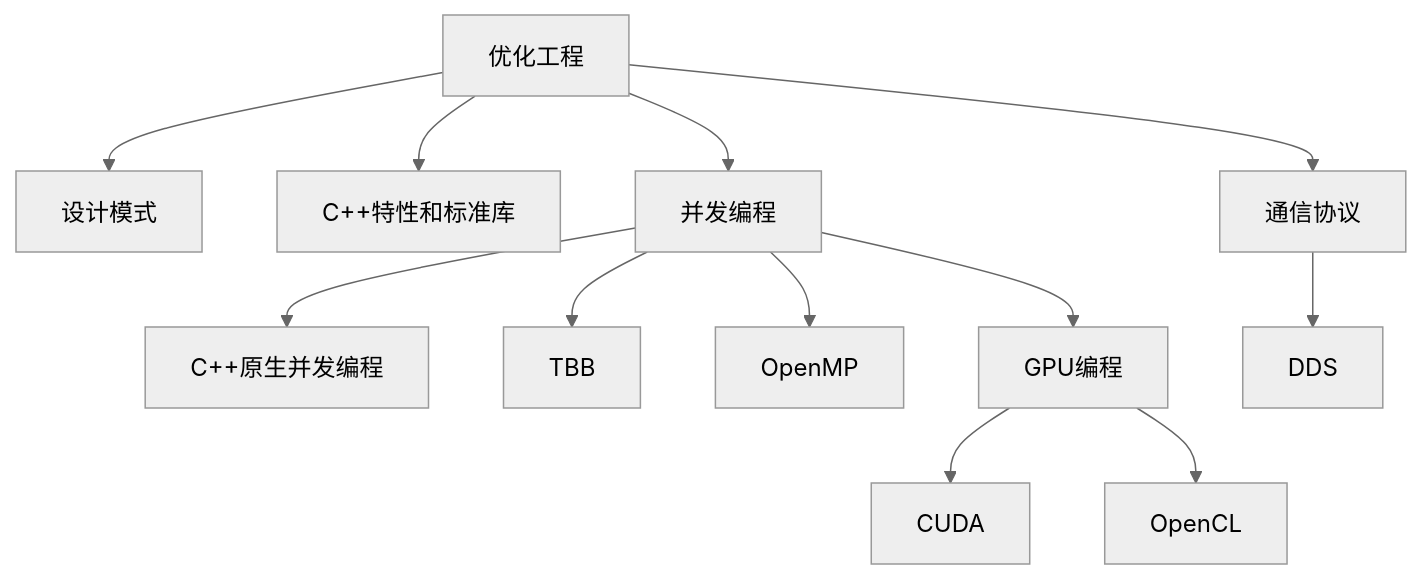
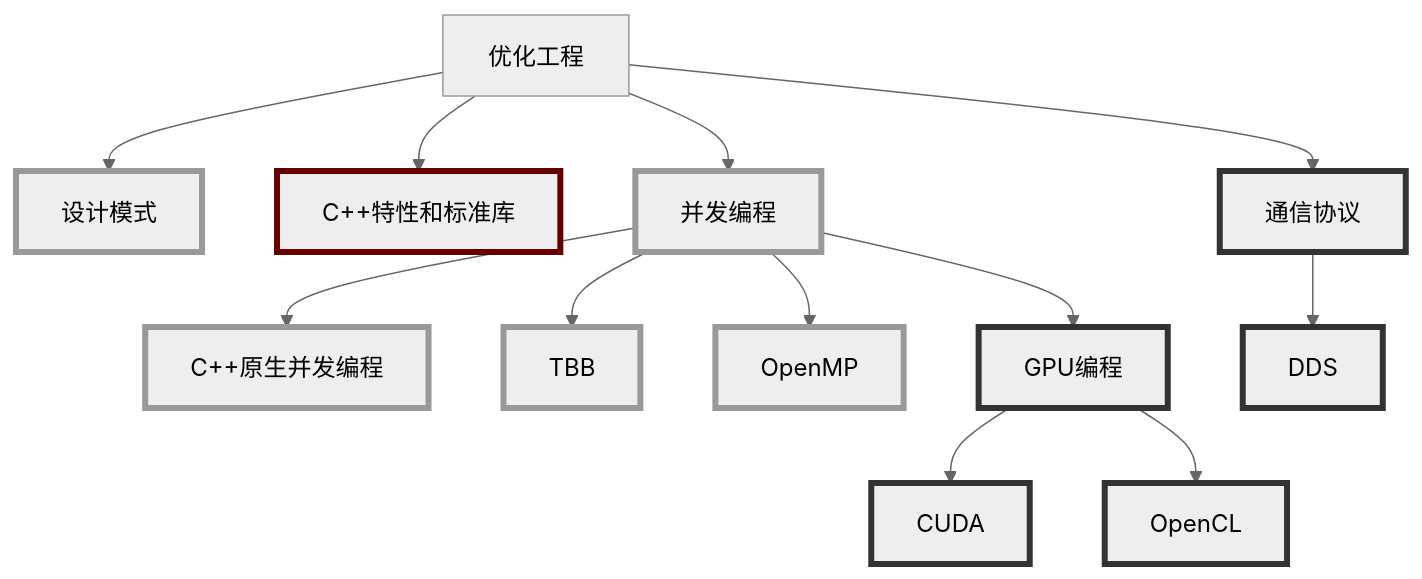
The fourth of 5 diagrams in README.md (IRobot-Algorithm/GUIDE), drawn with Mermaid (neutral theme) before and after one commit. The commit also changed other lines of this file, not shown here.

````diff
--- a/README.md
+++ b/README.md
@@ -53,14 +99,26 @@
 ```mermaid
 graph TD;
     A[优化工程] --> B[设计模式];
     A --> C[C++特性和标准库];
     A --> D[并发编程];
     D --> E[C++原生并发编程];
     D --> F[TBB];
     D --> G[OpenMP];
     D --> H[GPU编程];
     H --> I[CUDA];
     H --> J[OpenCL];
     A --> K[通信协议];
     K --> L[DDS]
+
+style B stroke:#1,stroke-width:4px
+style C stroke:#600,stroke-width:4px
+style D stroke:#1,stroke-width:4px
+style E stroke:#1,stroke-width:4px
+style F stroke:#1,stroke-width:4px
+style G stroke:#1,stroke-width:4px
+style H stroke:#333,stroke-width:4px
+style I stroke:#333,stroke-width:4px
+style J stroke:#333,stroke-width:4px
+style K stroke:#333,stroke-width:4px
+style L stroke:#333,stroke-width:4px
 ```
````
